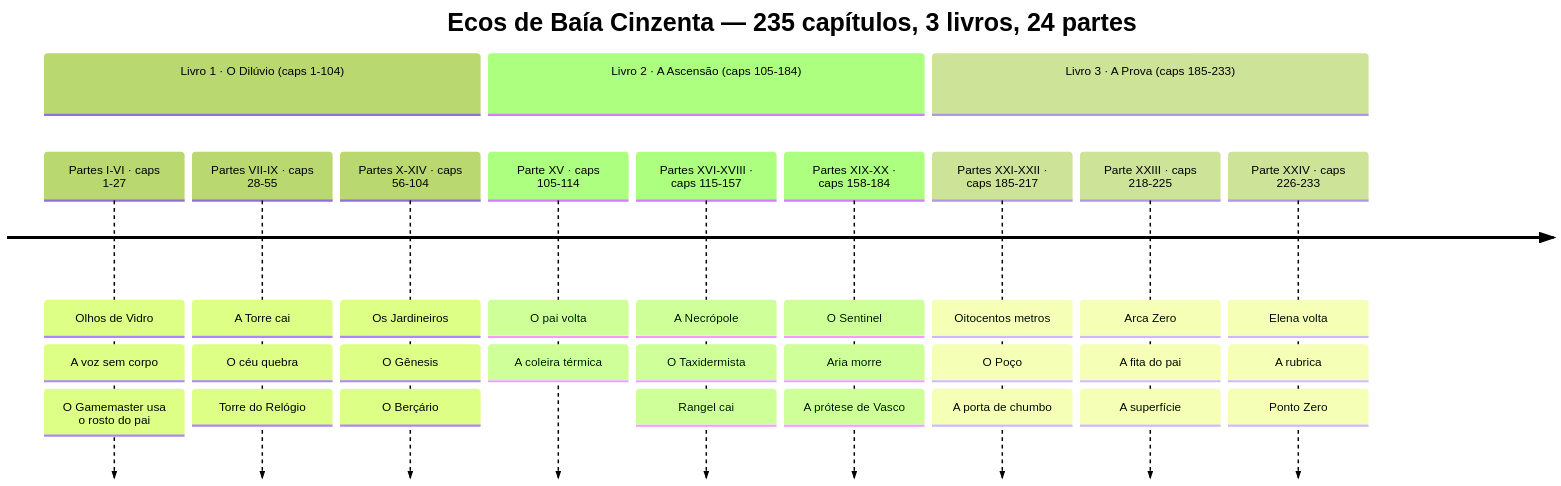
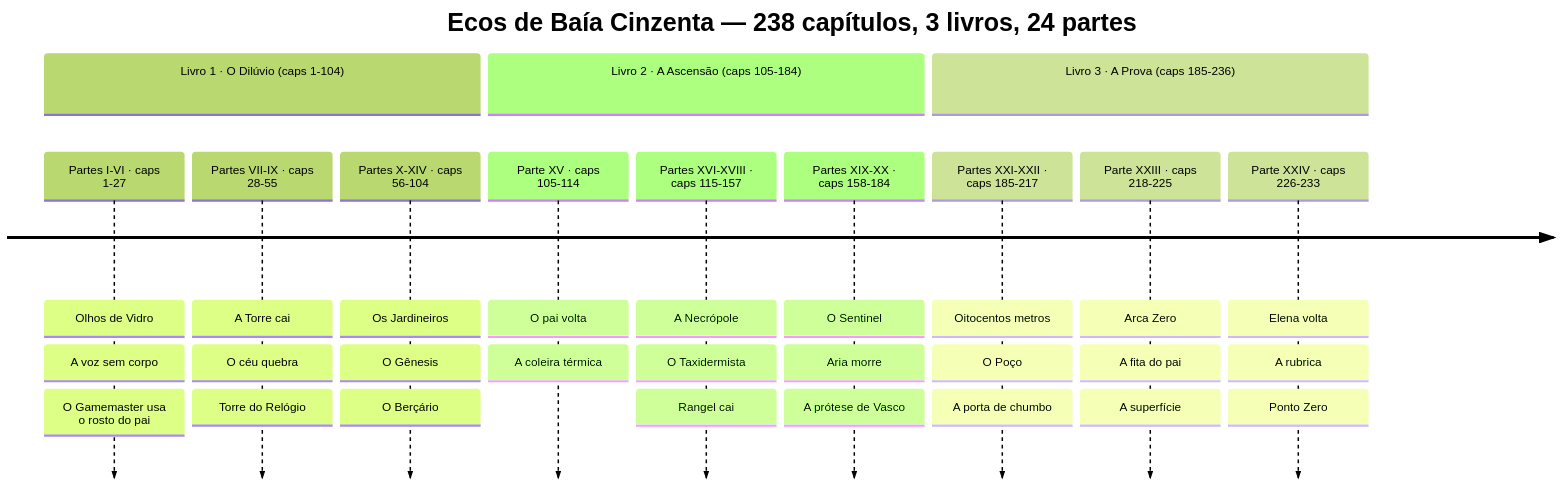
Before and after one commit to juninmd/ecos-de-baia-cinzenta: the first of 4 diagrams in docs/arcos.md, drawn with Mermaid (forest theme). The commit also changed other lines of this file and 8 other files, not shown here.

````diff
--- a/docs/arcos.md
+++ b/docs/arcos.md
@@ -16,16 +16,16 @@
 ```mermaid
 timeline
-    title Ecos de Baía Cinzenta — 235 capítulos, 3 livros, 24 partes
+    title Ecos de Baía Cinzenta — 238 capítulos, 3 livros, 24 partes
     section Livro 1 · O Dilúvio (caps 1-104)
         Partes I-VI · caps 1-27 : Olhos de Vidro : A voz sem corpo : O Gamemaster usa o rosto do pai
         Partes VII-IX · caps 28-55 : A Torre cai : O céu quebra : Torre do Relógio
         Partes X-XIV · caps 56-104 : Os Jardineiros : O Gênesis : O Berçário
     section Livro 2 · A Ascensão (caps 105-184)
         Parte XV · caps 105-114 : O pai volta : A coleira térmica
         Partes XVI-XVIII · caps 115-157 : A Necrópole : O Taxidermista : Rangel cai
         Partes XIX-XX · caps 158-184 : O Sentinel : Aria morre : A prótese de Vasco
-    section Livro 3 · A Prova (caps 185-233)
+    section Livro 3 · A Prova (caps 185-236)
         Partes XXI-XXII · caps 185-217 : Oitocentos metros : O Poço : A porta de chumbo
         Parte XXIII · caps 218-225 : Arca Zero : A fita do pai : A superfície
         Parte XXIV · caps 226-233 : Elena volta : A rubrica : Ponto Zero
 ```
````
